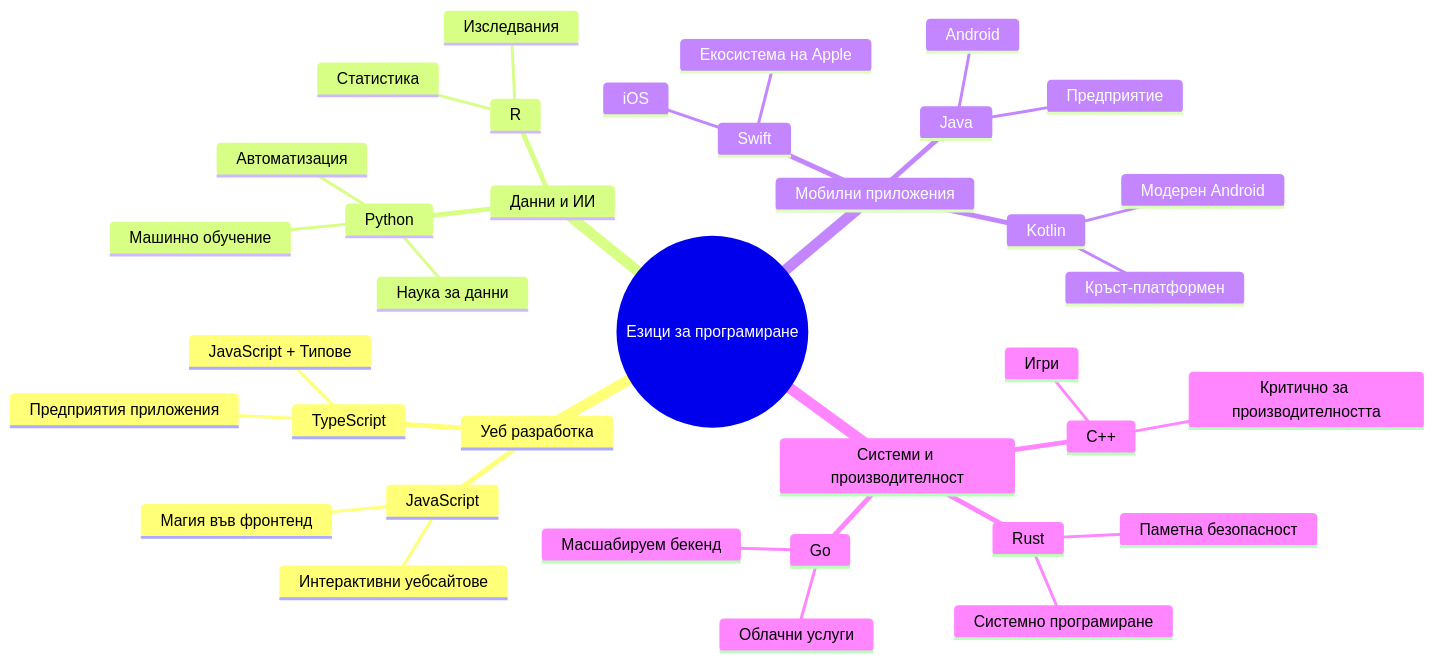
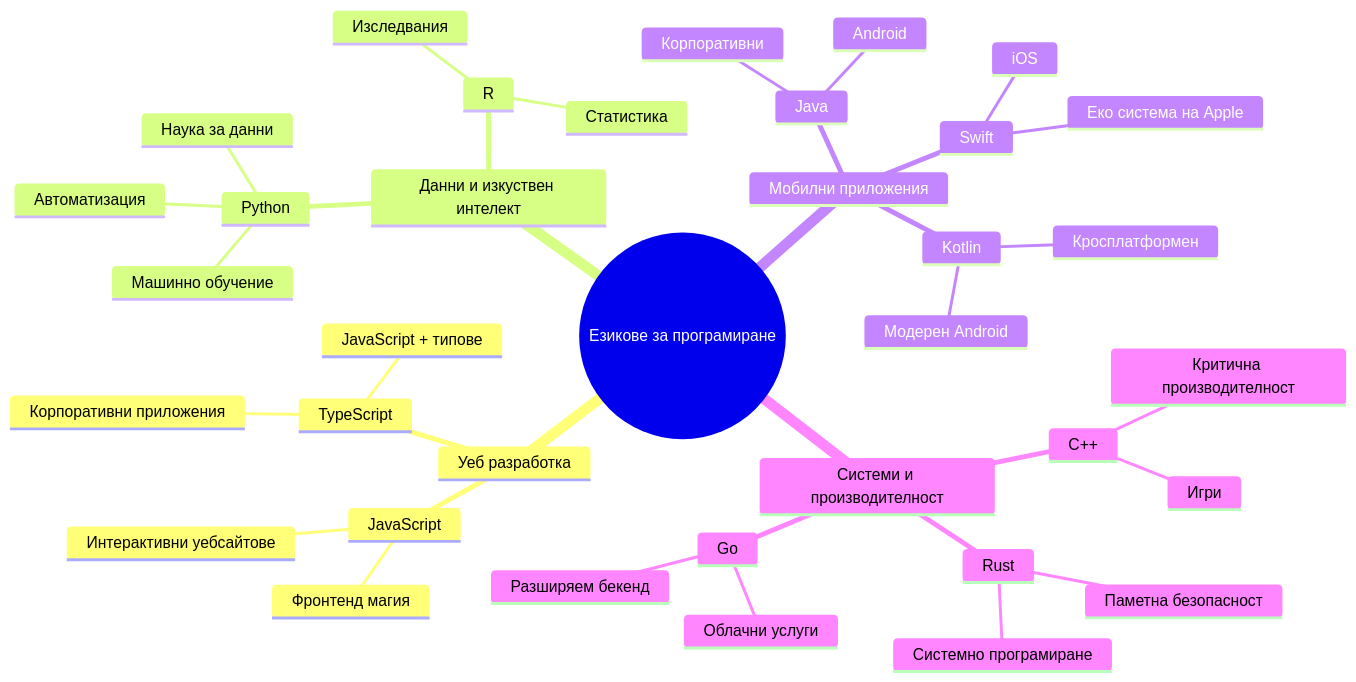
One commit to microsoft/Web-Dev-For-Beginners changed the second of 7 diagrams in translations/bg/1-getting-started-lessons/1-intro-to-programming-languages/README.md. Above: the diagram before and after it, drawn with Mermaid. The commit also changed other lines of this file and 11 other files, not shown here.

````diff
--- a/translations/bg/1-getting-started-lessons/1-intro-to-programming-languages/README.md
+++ b/translations/bg/1-getting-started-lessons/1-intro-to-programming-languages/README.md
@@ -84,39 +84,39 @@
 ```mermaid
 mindmap
-  root((Езици за програмиране))
+  root((Езикове за програмиране))
     Уеб разработка
       JavaScript
-        Магия във фронтенд
+        Фронтенд магия
         Интерактивни уебсайтове
       TypeScript
-        JavaScript + Типове
-        Предприятия приложения
-    Данни и ИИ
+        JavaScript + типове
+        Корпоративни приложения
+    Данни и изкуствен интелект
       Python
         Наука за данни
         Машинно обучение
         Автоматизация
       R
         Статистика
         Изследвания
     Мобилни приложения
       Java
         Android
-        Предприятие
+        Корпоративни
       Swift
         iOS
-        Екосистема на Apple
+        Еко система на Apple
       Kotlin
         Модерен Android
-        Кръст-платформен
+        Кросплатформен
     Системи и производителност
       C++
         Игри
-        Критично за производителността
+        Критична производителност
       Rust
         Паметна безопасност
         Системно програмиране
       Go
         Облачни услуги
-        Масшабируем бекенд
+        Разширяем бекенд
 ```
````
